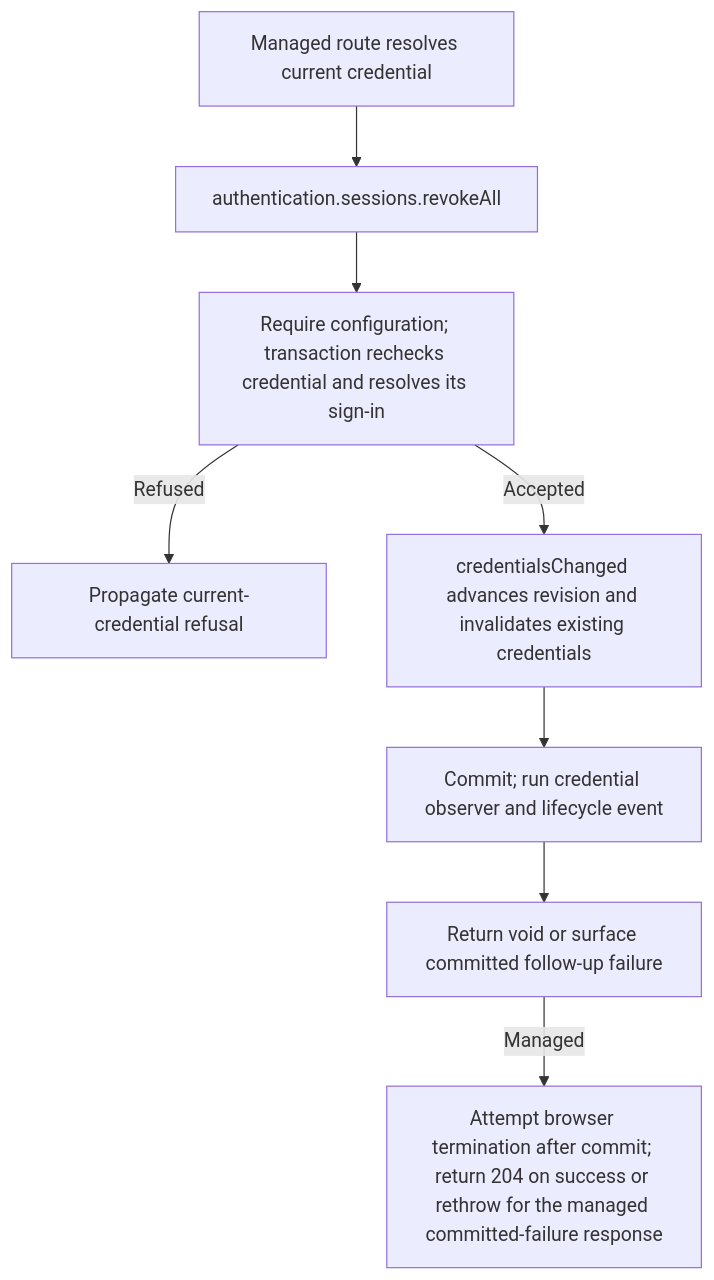
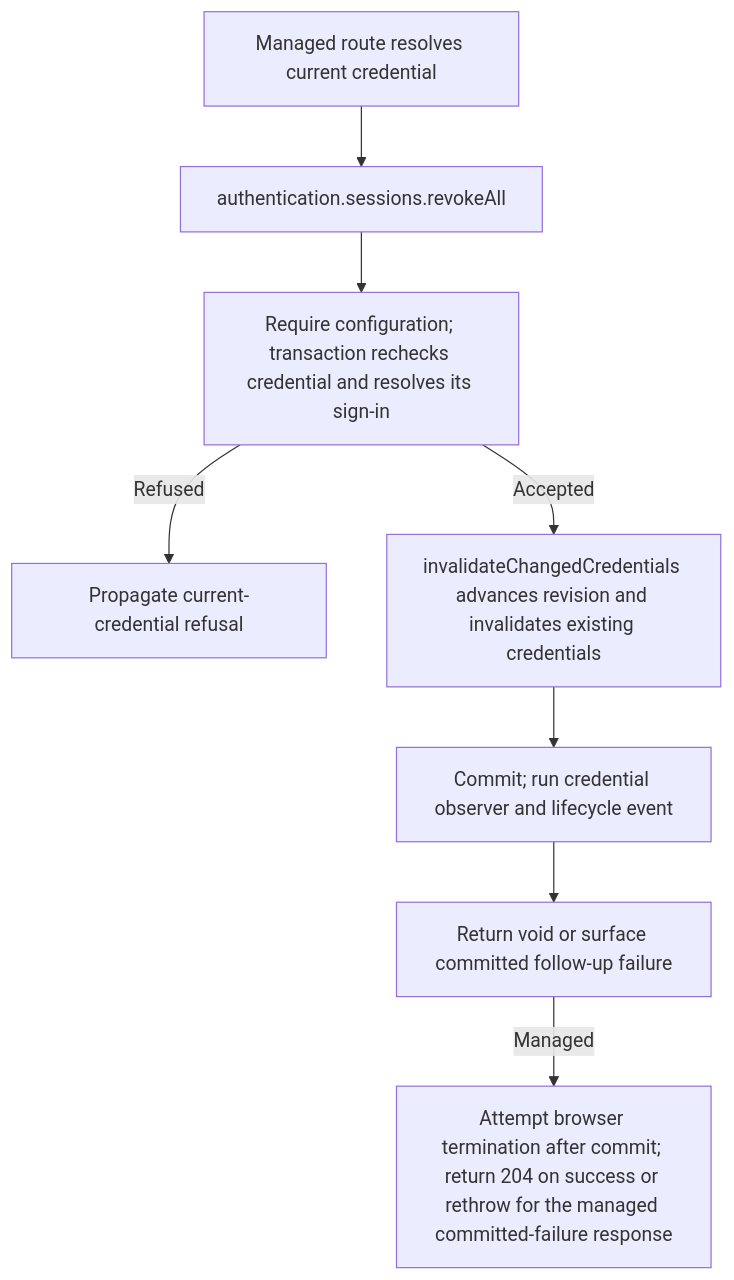
Before and after one commit to Kevinjohn/oss-adonisjs-account-kit: the second of 2 diagrams in user-stories/US-ACCOUNT-17-revoke-all-devices.md, drawn with Mermaid. The commit also changed 29 other files, not shown here.

````diff
--- a/user-stories/US-ACCOUNT-17-revoke-all-devices.md
+++ b/user-stories/US-ACCOUNT-17-revoke-all-devices.md
@@ -30,10 +30,10 @@
 ```mermaid
 flowchart TD
   M["Managed route resolves current credential"] --> A["authentication.sessions.revokeAll"]
   A --> B["Require configuration; transaction rechecks credential and resolves its sign-in"]
   B -->|Refused| X["Propagate current-credential refusal"]
-  B -->|Accepted| C["credentialsChanged advances revision and invalidates existing credentials"]
+  B -->|Accepted| C["invalidateChangedCredentials advances revision and invalidates existing credentials"]
   C --> D["Commit; run credential observer and lifecycle event"]
   D --> E["Return void or surface committed follow-up failure"]
   E -->|Managed| F["Attempt browser termination after commit; return 204 on success or rethrow for the managed committed-failure response"]
 ```
````
